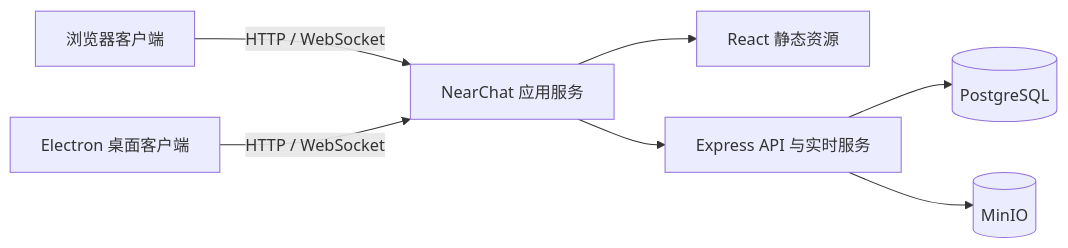
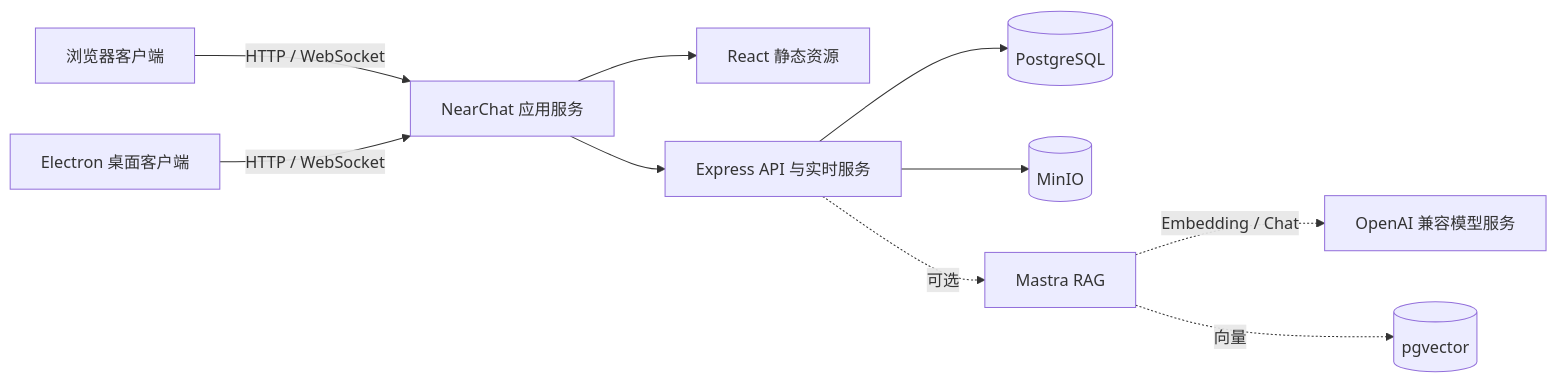
One commit to fukang0611/near-chat changed the diagram in README.md. Above: the diagram before and after it, drawn with Mermaid. The commit also changed other lines of this file and 37 other files, not shown here.

````diff
--- a/README.md
+++ b/README.md
@@ -63,9 +64,12 @@
 ```mermaid
 flowchart LR
     Browser["浏览器客户端"] -->|HTTP / WebSocket| App["NearChat 应用服务"]
     Desktop["Electron 桌面客户端"] -->|HTTP / WebSocket| App
     App --> Web["React 静态资源"]
     App --> API["Express API 与实时服务"]
     API --> PG[(PostgreSQL)]
     API --> MinIO[(MinIO)]
+    API -. 可选 .-> Mastra[Mastra RAG]
+    Mastra -. Embedding / Chat .-> LLM[OpenAI 兼容模型服务]
+    Mastra -. 向量 .-> PGVector[(pgvector)]
 ```
````
